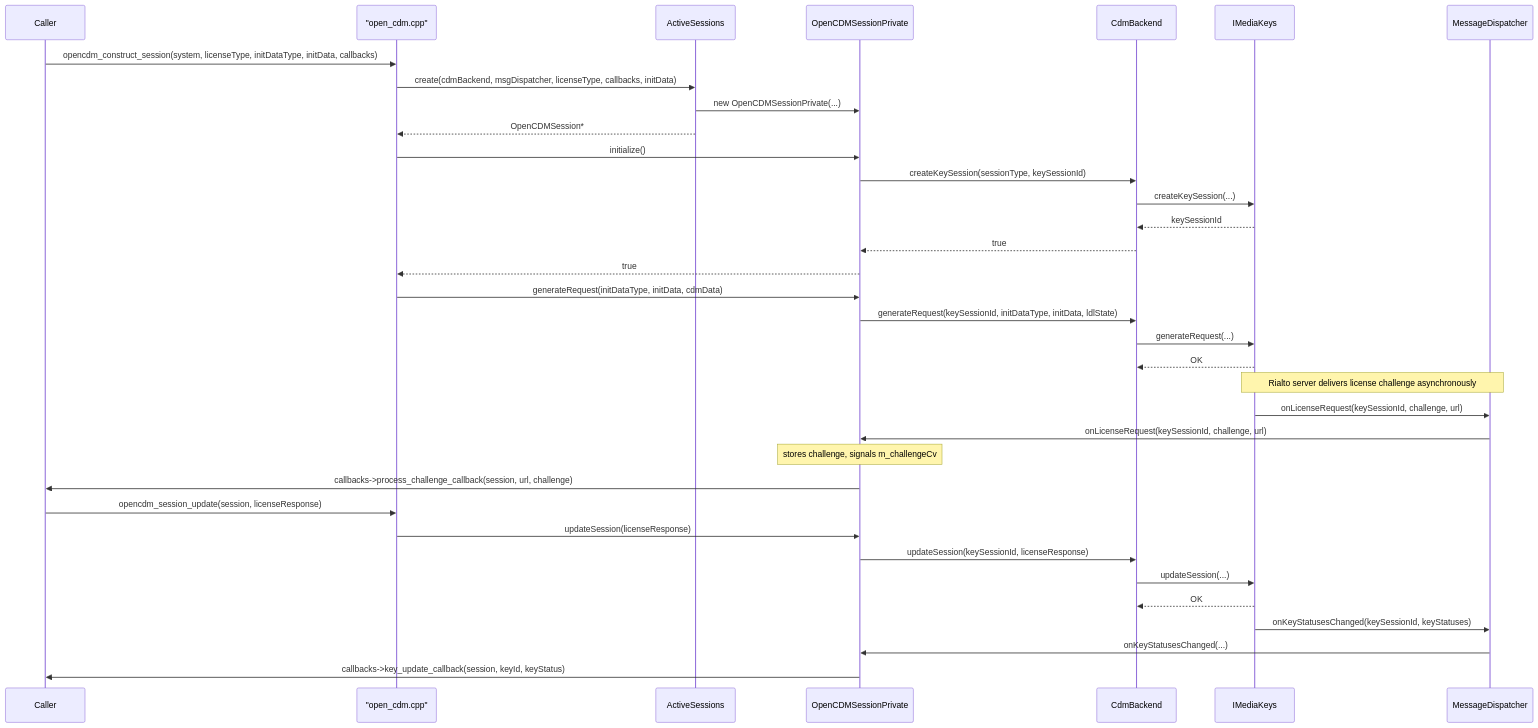
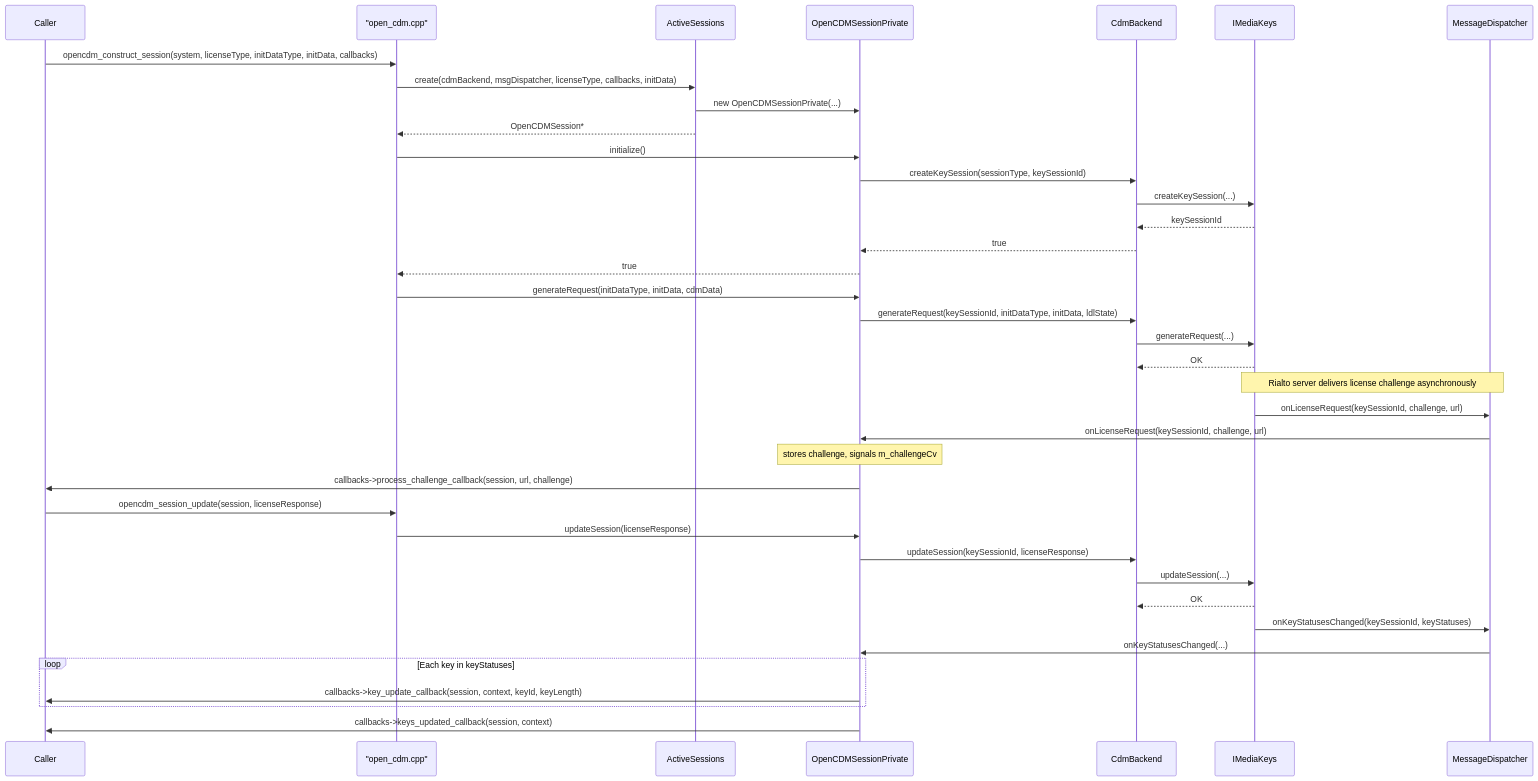
One commit to rdkcentral/rialto-ocdm changed the fifth of 7 diagrams in docs/README.md. Above: the diagram before and after it, drawn with Mermaid. The commit also changed other lines of this file, not shown here.

````diff
--- a/docs/README.md
+++ b/docs/README.md
@@ -242,40 +246,43 @@
 ```mermaid
 sequenceDiagram
     participant Caller as Caller
     participant OpenCDM as "open_cdm.cpp"
     participant ActS as ActiveSessions
     participant Sess as OpenCDMSessionPrivate
     participant CdmB as CdmBackend
     participant IMK as IMediaKeys
     participant MsgD as MessageDispatcher
 
     Caller->>OpenCDM: opencdm_construct_session(system, licenseType, initDataType, initData, callbacks)
     OpenCDM->>ActS: create(cdmBackend, msgDispatcher, licenseType, callbacks, initData)
     ActS->>Sess: new OpenCDMSessionPrivate(...)
     ActS-->>OpenCDM: OpenCDMSession*
     OpenCDM->>Sess: initialize()
     Sess->>CdmB: createKeySession(sessionType, keySessionId)
     CdmB->>IMK: createKeySession(...)
     IMK-->>CdmB: keySessionId
     CdmB-->>Sess: true
     Sess-->>OpenCDM: true
     OpenCDM->>Sess: generateRequest(initDataType, initData, cdmData)
     Sess->>CdmB: generateRequest(keySessionId, initDataType, initData, ldlState)
     CdmB->>IMK: generateRequest(...)
     IMK-->>CdmB: OK
 
     Note over IMK,MsgD: Rialto server delivers license challenge asynchronously
     IMK->>MsgD: onLicenseRequest(keySessionId, challenge, url)
     MsgD->>Sess: onLicenseRequest(keySessionId, challenge, url)
     Note over Sess: stores challenge, signals m_challengeCv
     Sess->>Caller: callbacks->process_challenge_callback(session, url, challenge)
 
     Caller->>OpenCDM: opencdm_session_update(session, licenseResponse)
     OpenCDM->>Sess: updateSession(licenseResponse)
     Sess->>CdmB: updateSession(keySessionId, licenseResponse)
     CdmB->>IMK: updateSession(...)
     IMK-->>CdmB: OK
     IMK->>MsgD: onKeyStatusesChanged(keySessionId, keyStatuses)
     MsgD->>Sess: onKeyStatusesChanged(...)
-    Sess->>Caller: callbacks->key_update_callback(session, keyId, keyStatus)
+    loop Each key in keyStatuses
+        Sess->>Caller: callbacks->key_update_callback(session, context, keyId, keyLength)
+    end
+    Sess->>Caller: callbacks->keys_updated_callback(session, context)
 ```
````
